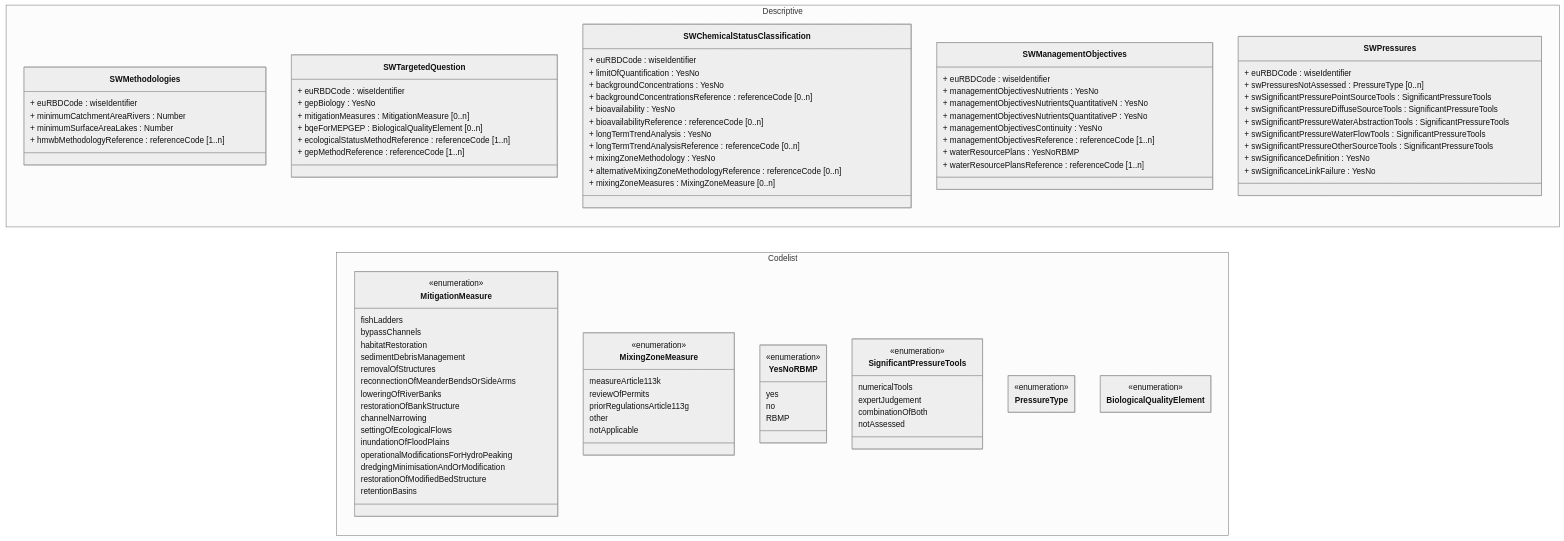
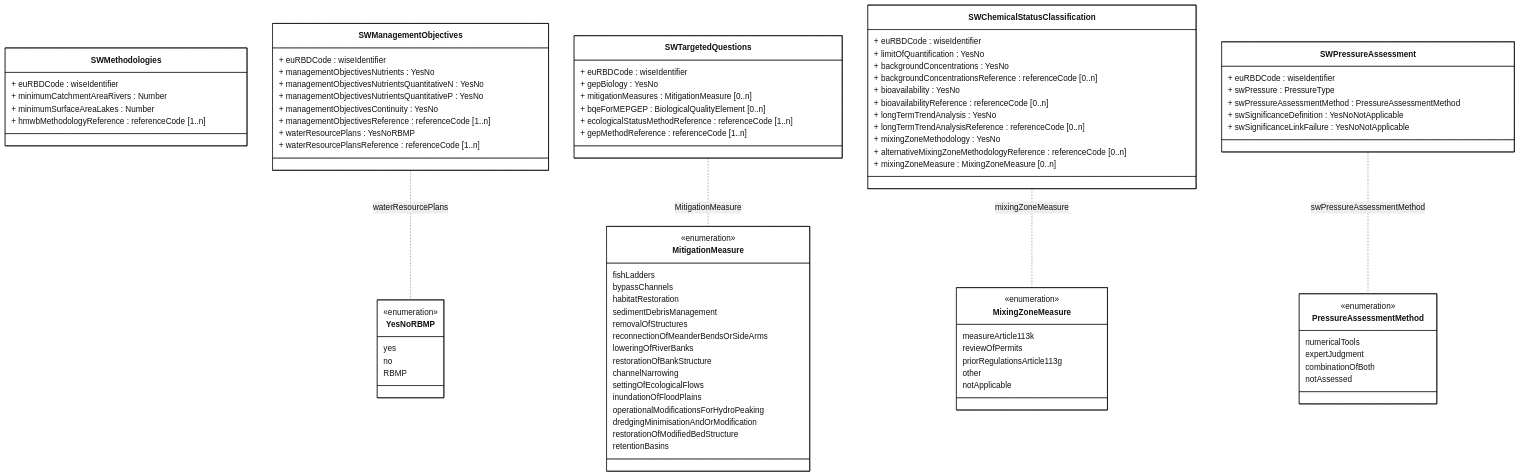
Before and after one commit to eeadata/WISE.WFD.Documentation: the diagram in docs/DataModelReview/mmd/SurfaceWaterMethodologies_4thCycle_SWMET_Part1_ClassDiagram.mmd, drawn with Mermaid. The commit also changed 6 other files, not shown here.

```diff
--- a/docs/DataModelReview/mmd/SurfaceWaterMethodologies_4thCycle_SWMET_Part1_ClassDiagram.mmd
+++ b/docs/DataModelReview/mmd/SurfaceWaterMethodologies_4thCycle_SWMET_Part1_ClassDiagram.mmd
@@ -1,113 +1,108 @@
 ---
 config:
   class:
     hideEmptyMembersBox: true
   layout: dagre
   theme: neutral
 ---
 classDiagram
-direction LR
-namespace Descriptive {
+direction TB
+
 class SWMethodologies {
   + euRBDCode : wiseIdentifier
   + minimumCatchmentAreaRivers : Number
   + minimumSurfaceAreaLakes : Number
   + hmwbMethodologyReference : referenceCode [1..n]
 }
 
-class SWTargetedQuestion {
+class SWManagementObjectives {
+  + euRBDCode : wiseIdentifier
+  + managementObjectivesNutrients : YesNo
+  + managementObjectivesNutrientsQuantitativeN : YesNo
+  + managementObjectivesNutrientsQuantitativeP : YesNo
+  + managementObjectivesContinuity : YesNo
+  + managementObjectivesReference : referenceCode [1..n]
+  + waterResourcePlans : YesNoRBMP
+  + waterResourcePlansReference : referenceCode [1..n]
+}
+
+class SWTargetedQuestions{
   + euRBDCode : wiseIdentifier
   + gepBiology : YesNo
   + mitigationMeasures : MitigationMeasure [0..n]
   + bqeForMEPGEP : BiologicalQualityElement [0..n]
   + ecologicalStatusMethodReference : referenceCode [1..n]
   + gepMethodReference : referenceCode [1..n]
 }
 
 class SWChemicalStatusClassification {
   + euRBDCode : wiseIdentifier
   + limitOfQuantification : YesNo
   + backgroundConcentrations : YesNo
   + backgroundConcentrationsReference : referenceCode [0..n]
   + bioavailability : YesNo
   + bioavailabilityReference : referenceCode [0..n]
   + longTermTrendAnalysis : YesNo
   + longTermTrendAnalysisReference : referenceCode [0..n]
   + mixingZoneMethodology : YesNo
   + alternativeMixingZoneMethodologyReference : referenceCode [0..n]
-  + mixingZoneMeasures : MixingZoneMeasure [0..n]
+  + mixingZoneMeasure : MixingZoneMeasure [0..n]
 }
 
-class SWManagementObjectives {
+class SWPressureAssessment{
   + euRBDCode : wiseIdentifier
-  + managementObjectivesNutrients : YesNo
-  + managementObjectivesNutrientsQuantitativeN : YesNo
-  + managementObjectivesNutrientsQuantitativeP : YesNo
-  + managementObjectivesContinuity : YesNo
-  + managementObjectivesReference : referenceCode [1..n]
-  + waterResourcePlans : YesNoRBMP
-  + waterResourcePlansReference : referenceCode [1..n]
+  + swPressure : PressureType
+  + swPressureAssessmentMethod : PressureAssessmentMethod
+  + swSignificanceDefinition : YesNoNotApplicable
+  + swSignificanceLinkFailure : YesNoNotApplicable
 }
 
-class SWPressures {
-  + euRBDCode : wiseIdentifier
-  + swPressuresNotAssessed : PressureType [0..n]
-  + swSignificantPressurePointSourceTools : SignificantPressureTools
-  + swSignificantPressureDiffuseSourceTools : SignificantPressureTools
-  + swSignificantPressureWaterAbstractionTools : SignificantPressureTools
-  + swSignificantPressureWaterFlowTools : SignificantPressureTools
-  + swSignificantPressureOtherSourceTools : SignificantPressureTools
-  + swSignificanceDefinition : YesNo
-  + swSignificanceLinkFailure : YesNo
+class PressureAssessmentMethod{
+<<enumeration>>
+numericalTools
+expertJudgment
+combinationOfBoth
+notAssessed 
 }
-}
-namespace Codelist {
 
 class MitigationMeasure{
   <<enumeration>>
   fishLadders
   bypassChannels
   habitatRestoration
   sedimentDebrisManagement
   removalOfStructures
   reconnectionOfMeanderBendsOrSideArms
   loweringOfRiverBanks
   restorationOfBankStructure
   channelNarrowing
   settingOfEcologicalFlows
   inundationOfFloodPlains
   operationalModificationsForHydroPeaking
   dredgingMinimisationAndOrModification
   restorationOfModifiedBedStructure
   retentionBasins
 }
 
 class MixingZoneMeasure{
   <<enumeration>>
    measureArticle113k
    reviewOfPermits
    priorRegulationsArticle113g
    other
    notApplicable
   }
+
 class YesNoRBMP{
   <<enumeration>>
   yes
   no
   RBMP}
 
-class SignificantPressureTools{
-  <<enumeration>>
-  numericalTools
-  expertJudgement
-  combinationOfBoth
-  notAssessed
-  }
+SWTargetedQuestions .. MitigationMeasure : MitigationMeasure
+SWChemicalStatusClassification .. MixingZoneMeasure : mixingZoneMeasure
+SWPressureAssessment .. PressureAssessmentMethod : swPressureAssessmentMethod
+SWManagementObjectives .. YesNoRBMP : waterResourcePlans
 
-class PressureType{
-  <<enumeration>>}
-
-class BiologicalQualityElement{
-  <<enumeration>>}
-  
-}
+classDef default fill:white,stroke:#000;
+classDef forFixing fill:white,stroke:#f00;
```
